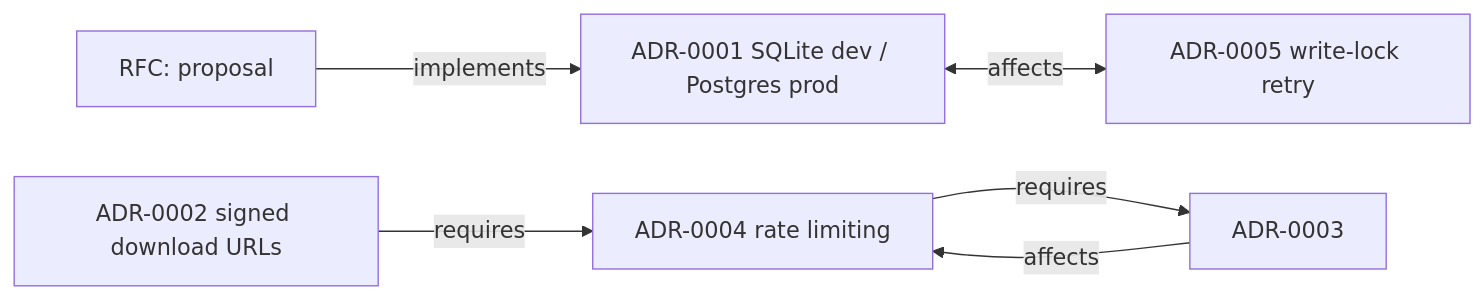
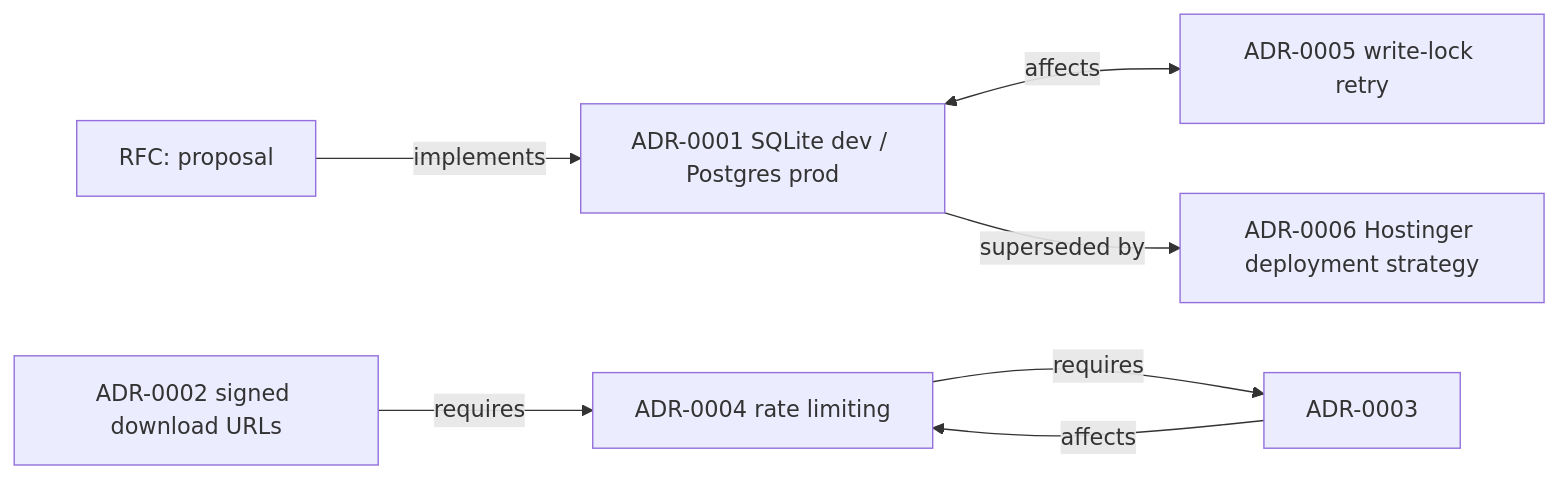
The diagram in engineering/governance/adr/GRAPH.md (niodrivecars-cpu/vroomo), drawn with Mermaid before and after one commit. The commit also changed other lines of this file and 24 other files, not shown here.

First line of the commit message:
feat(ops): pivot production deployment to Hostinger shared hosting (phase 4b)

````diff
--- a/engineering/governance/adr/GRAPH.md
+++ b/engineering/governance/adr/GRAPH.md
@@ -19,8 +19,9 @@
 ```mermaid
 graph LR
   RFC[RFC: proposal] -->|implements| ADR1[ADR-0001]
   ADR1[ADR-0001 SQLite dev / Postgres prod] <-->|affects| ADR5[ADR-0005 write-lock retry]
   ADR2[ADR-0002 signed download URLs] -->|requires| ADR4[ADR-0004 rate limiting]
   ADR3[ADR-0003 proxy-aware client IP] -->|affects| ADR4[ADR-0004]
   ADR4[ADR-0004 rate limiting] -->|requires| ADR3[ADR-0003]
+  ADR1[ADR-0001 SQLite dev / Postgres prod] -->|superseded by| ADR6[ADR-0006 Hostinger deployment strategy]
 ```
````
